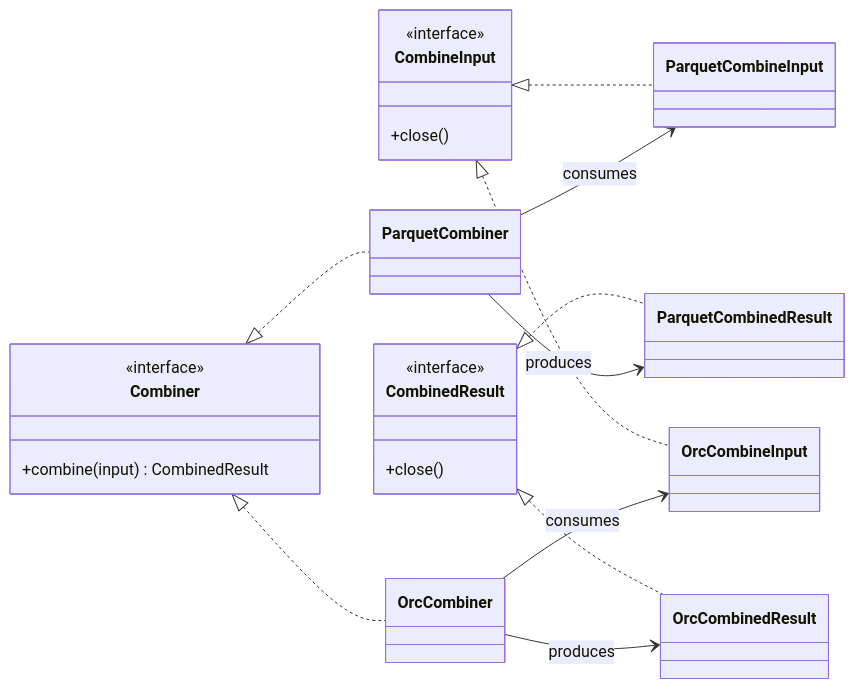
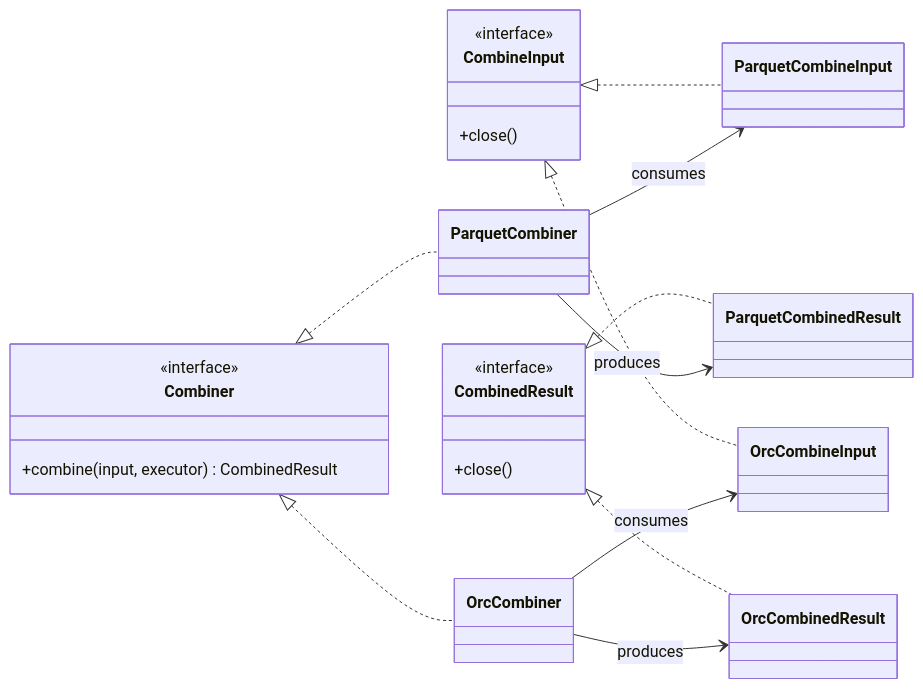
Before and after one commit to NVIDIA/cudf-spark: the fifth of 8 diagrams in docs/rfc/rapids_table_scan_v2/design.md, drawn with Mermaid. The commit also changed other lines of this file, not shown here.

````diff
--- a/docs/rfc/rapids_table_scan_v2/design.md
+++ b/docs/rfc/rapids_table_scan_v2/design.md
@@ -508,37 +522,37 @@
 ```mermaid
 classDiagram
   direction LR
 
   class Combiner {
     <<interface>>
-    +combine(input) CombinedResult
+    +combine(input, executor) CombinedResult
   }
   class CombineInput {
     <<interface>>
     +close()
   }
   class CombinedResult {
     <<interface>>
     +close()
   }
 
   class ParquetCombiner
   class ParquetCombineInput
   class ParquetCombinedResult
 
   class OrcCombiner
   class OrcCombineInput
   class OrcCombinedResult
 
   Combiner <|.. ParquetCombiner
   Combiner <|.. OrcCombiner
   CombineInput <|.. ParquetCombineInput
   CombineInput <|.. OrcCombineInput
   CombinedResult <|.. ParquetCombinedResult
   CombinedResult <|.. OrcCombinedResult
 
   ParquetCombiner --> ParquetCombineInput : consumes
   ParquetCombiner --> ParquetCombinedResult : produces
   OrcCombiner --> OrcCombineInput : consumes
   OrcCombiner --> OrcCombinedResult : produces
 ```
````
